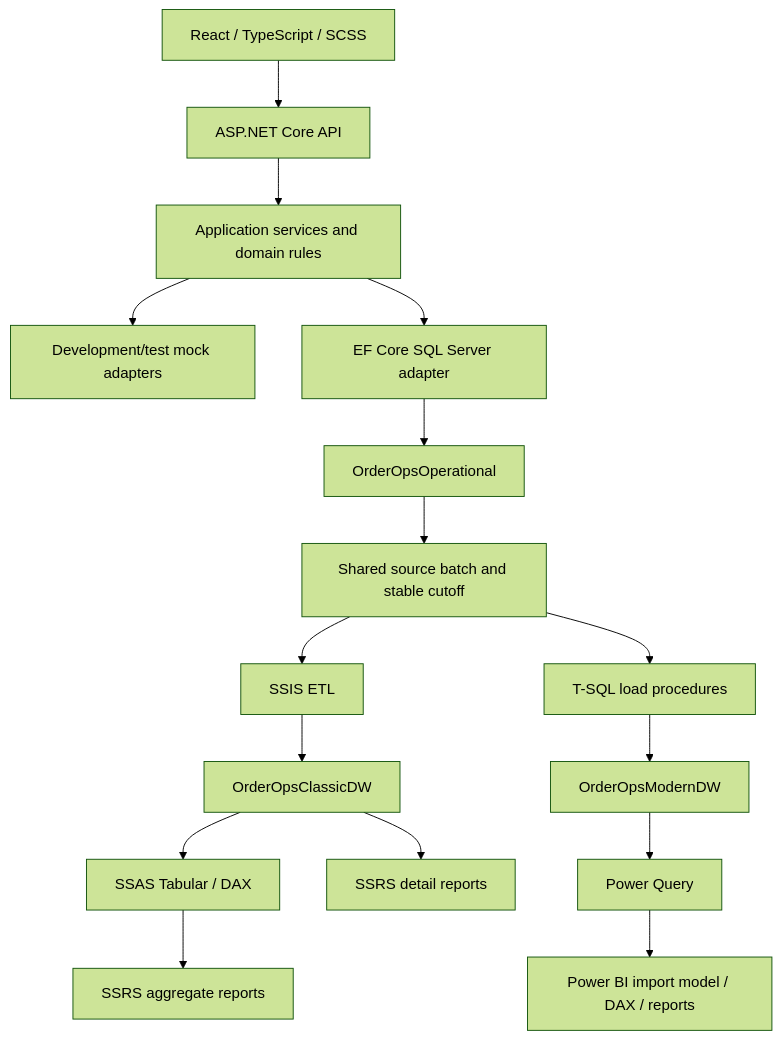
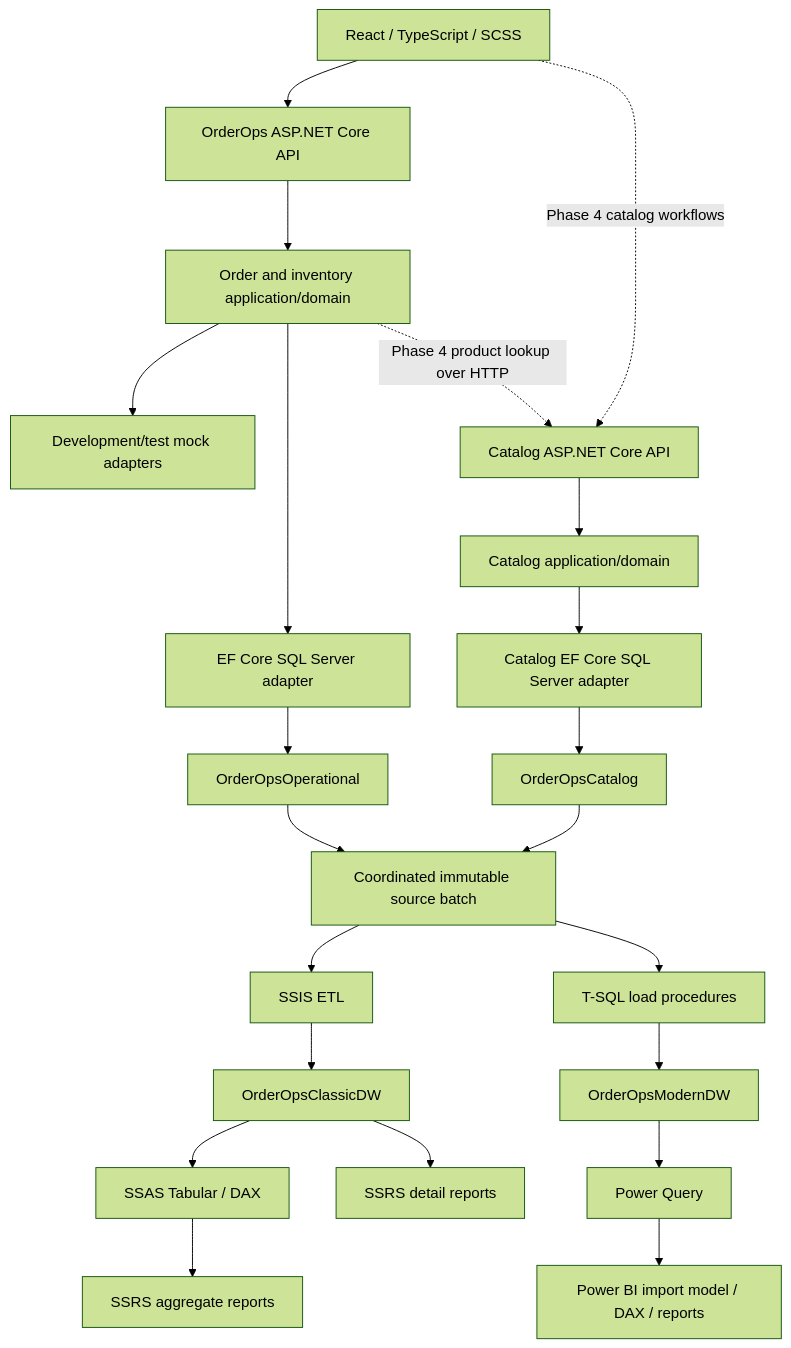
Before and after one commit to k-a-cox/AI-Training: the diagram in 4_fullstack/design/DESIGN.md, drawn with Mermaid (forest theme). The commit also changed other lines of this file and 3 other files, not shown here.

````diff
--- a/4_fullstack/design/DESIGN.md
+++ b/4_fullstack/design/DESIGN.md
@@ -11,18 +11,24 @@
 ```mermaid
 flowchart TD
-    UI[React / TypeScript / SCSS] --> API[ASP.NET Core API]
-    API --> APP[Application services and domain rules]
+    UI[React / TypeScript / SCSS] --> API[OrderOps ASP.NET Core API]
+    UI -. Phase 4 catalog workflows .-> CATAPI[Catalog ASP.NET Core API]
+    API --> APP[Order and inventory application/domain]
     APP --> MOCK[Development/test mock adapters]
     APP --> EF[EF Core SQL Server adapter]
     EF --> OLTP[OrderOpsOperational]
-    OLTP --> BATCH[Shared source batch and stable cutoff]
+    APP -. Phase 4 product lookup over HTTP .-> CATAPI
+    CATAPI --> CATAPP[Catalog application/domain]
+    CATAPP --> CATEF[Catalog EF Core SQL Server adapter]
+    CATEF --> CATDB[OrderOpsCatalog]
+    OLTP --> BATCH[Coordinated immutable source batch]
+    CATDB --> BATCH
     BATCH --> SSIS[SSIS ETL]
     BATCH --> SQL[T-SQL load procedures]
     SSIS --> CLASSIC[OrderOpsClassicDW]
     SQL --> MODERN[OrderOpsModernDW]
     CLASSIC --> SSAS[SSAS Tabular / DAX]
     SSAS --> SSRS[SSRS aggregate reports]
     CLASSIC --> DETAIL[SSRS detail reports]
     MODERN --> PQ[Power Query]
     PQ --> PBI[Power BI import model / DAX / reports]
 ```
````
